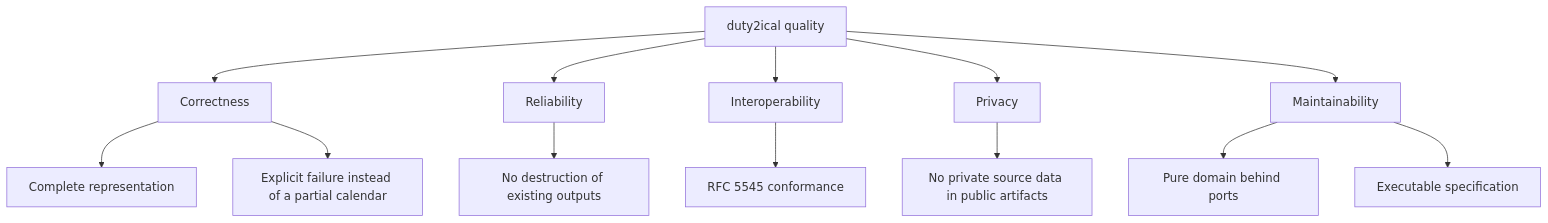
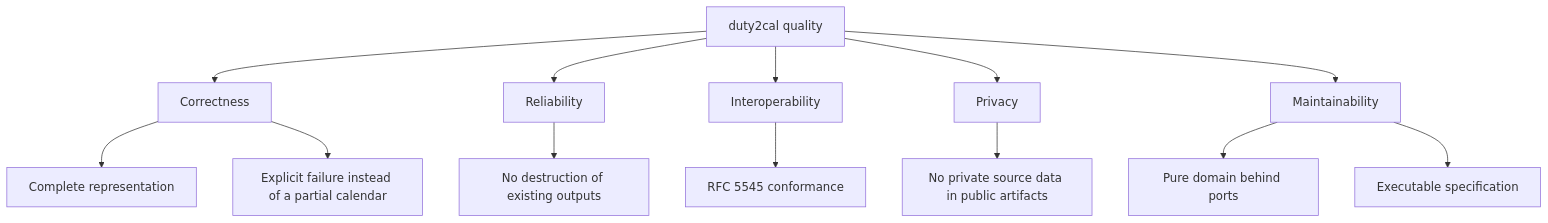
The diagram in docs/arc42/10-quality-requirements.md (duty2cal/duty2cal), drawn with Mermaid before and after one commit. The commit also changed 49 other files, not shown here.

````diff
--- a/docs/arc42/10-quality-requirements.md
+++ b/docs/arc42/10-quality-requirements.md
@@ -5,16 +5,16 @@
 ```mermaid
 flowchart TB
-  root["duty2ical quality"]
+  root["duty2cal quality"]
   root --> corr["Correctness"]
   root --> rel["Reliability"]
   root --> inter["Interoperability"]
   root --> priv["Privacy"]
   root --> maint["Maintainability"]
   corr --> c1["Complete representation"]
   corr --> c2["Explicit failure instead of a partial calendar"]
   rel --> r1["No destruction of existing outputs"]
   inter --> i1["RFC 5545 conformance"]
   priv --> p1["No private source data in public artifacts"]
   maint --> m1["Pure domain behind ports"]
   maint --> m2["Executable specification"]
 ```
````
